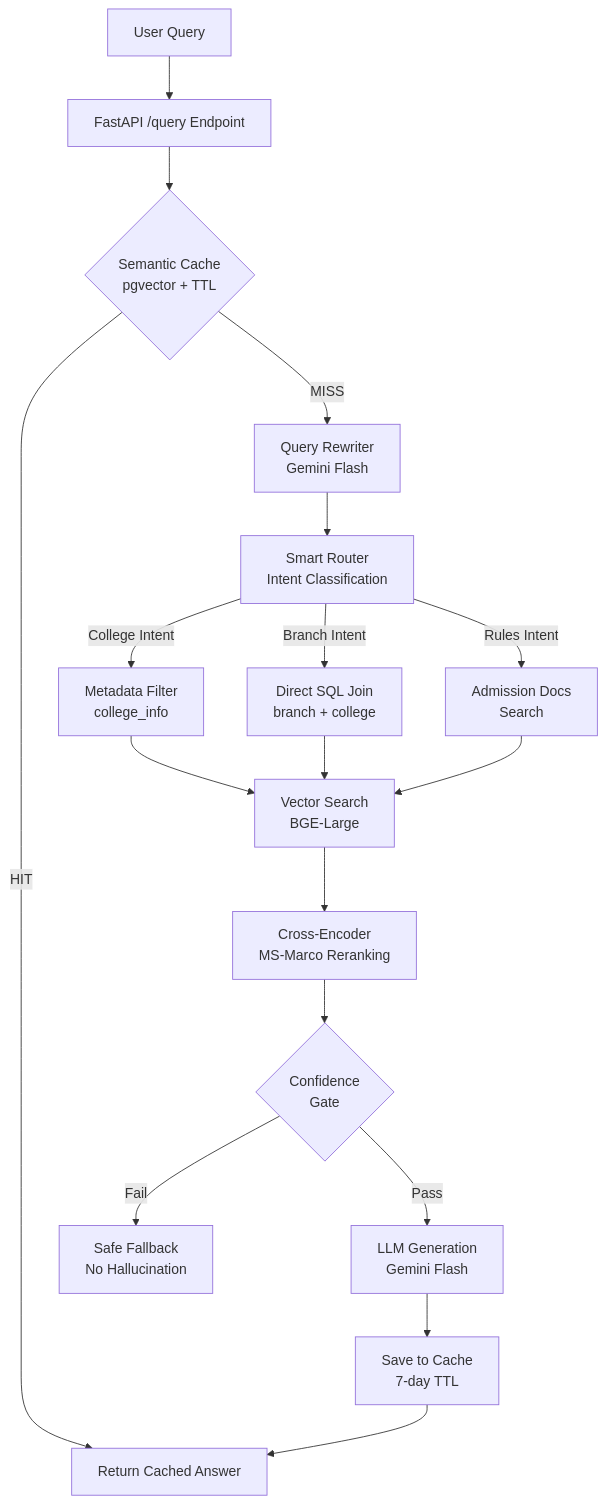
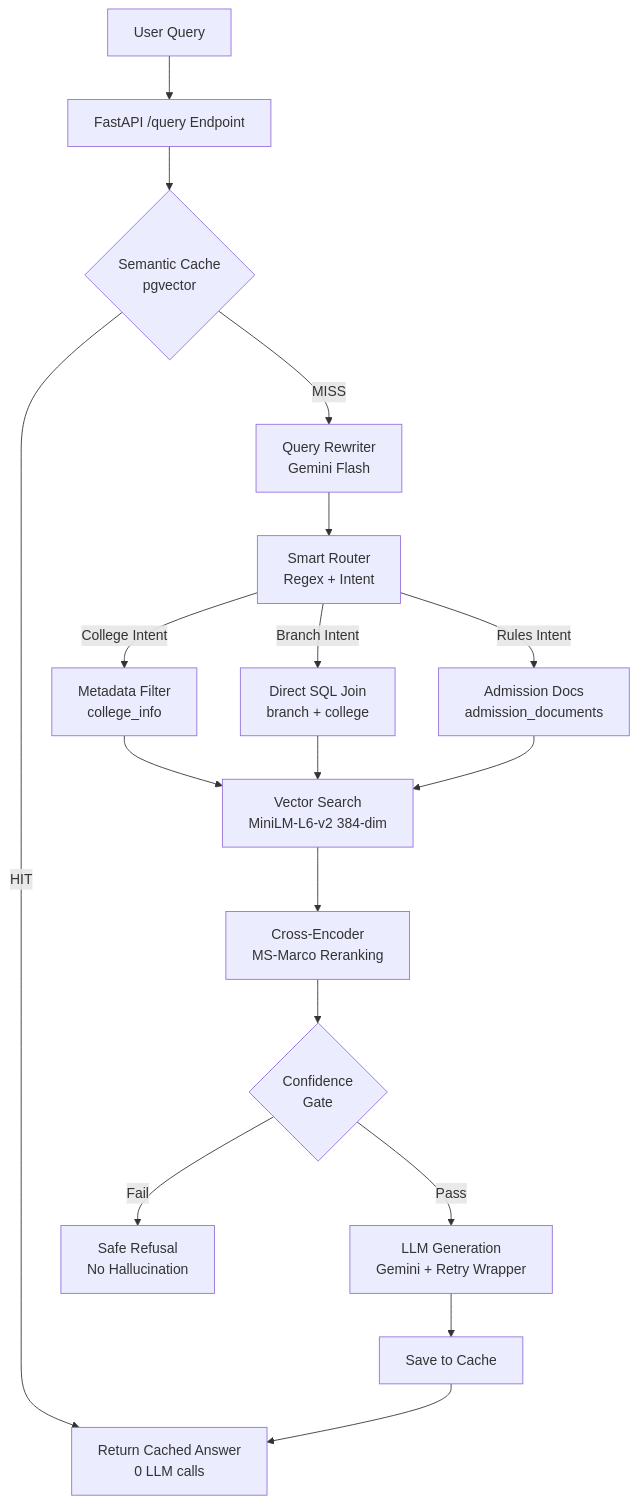
The diagram in README.md (sudhakargovindasamy/tnea-ai-counselor), drawn with Mermaid before and after one commit. The commit also changed other lines of this file, not shown here.

Commit message:
docs: update README to reflect production build (MiniLM 384-dim, 42-case suite, Render deployment)

````diff
--- a/README.md
+++ b/README.md
@@ -54,26 +56,25 @@
 ```mermaid
 graph TD
     User[User Query] --> API[FastAPI /query Endpoint]
-    API --> Cache{Semantic Cache<br/>pgvector + TTL}
-    Cache -- HIT --> Response[Return Cached Answer]
+    API --> Cache{Semantic Cache<br/>pgvector}
+    Cache -- HIT --> Response[Return Cached Answer<br/>0 LLM calls]
     Cache -- MISS --> Rewriter[Query Rewriter<br/>Gemini Flash]
-    Rewriter --> Router[Smart Router<br/>Intent Classification]
-    
+    Rewriter --> Router[Smart Router<br/>Regex + Intent]
+
     Router -- College Intent --> SQL1[Metadata Filter<br/>college_info]
     Router -- Branch Intent --> SQL2[Direct SQL Join<br/>branch + college]
-    Router -- Rules Intent --> SQL3[Admission Docs<br/>Search]
-    
-    SQL1 --> Vector[Vector Search<br/>BGE-Large]
+    Router -- Rules Intent --> SQL3[Admission Docs<br/>admission_documents]
+
+    SQL1 --> Vector[Vector Search<br/>MiniLM-L6-v2 384-dim]
     SQL2 --> Vector
     SQL3 --> Vector
-    
+
     Vector --> Reranker[Cross-Encoder<br/>MS-Marco Reranking]
     Reranker --> Guardrail{Confidence<br/>Gate}
-    
-    Guardrail -- Pass --> LLM[LLM Generation<br/>Gemini Flash]
-    Guardrail -- Fail --> Fallback[Safe Fallback<br/>No Hallucination]
-    
-    LLM --> SaveCache[Save to Cache<br/>7-day TTL]
+
+    Guardrail -- Pass --> LLM[LLM Generation<br/>Gemini + Retry Wrapper]
+    Guardrail -- Fail --> Fallback[Safe Refusal<br/>No Hallucination]
+
+    LLM --> SaveCache[Save to Cache]
     SaveCache --> Response
-
 ```
````
